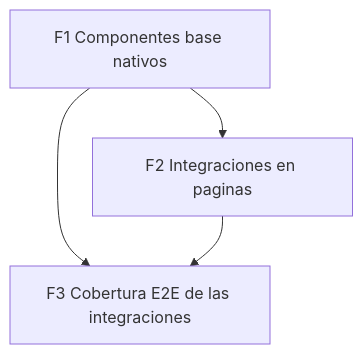
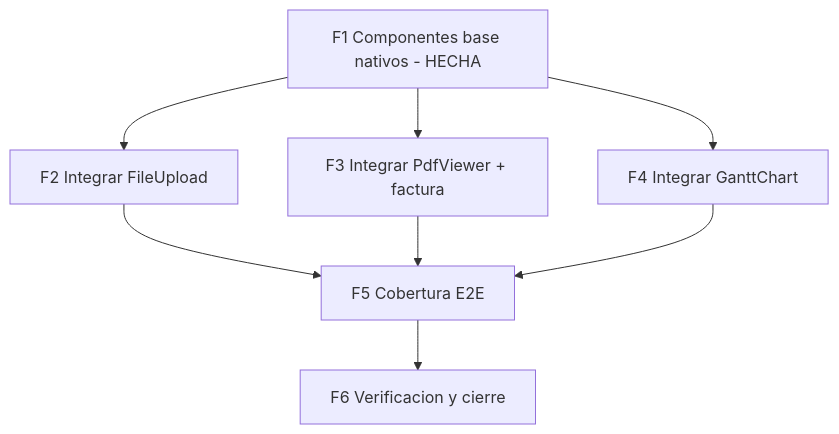
The diagram in docs/pm/iniciativas/adaptar-componentes-kno-react/plan-componentes-nativos.md (jcg-admin/template-ecommerce-ui), drawn with Mermaid before and after one commit. The commit also changed other lines of this file and 1 other file, not shown here.

First line of the commit message:
docs: plan por fases con tareas atomicas de integraciones

````diff
--- a/docs/pm/iniciativas/adaptar-componentes-kno-react/plan-componentes-nativos.md
+++ b/docs/pm/iniciativas/adaptar-componentes-kno-react/plan-componentes-nativos.md
@@ -9,6 +10,10 @@
 ```mermaid
 flowchart TD
-  F1[F1 Componentes base nativos] --> F2[F2 Integraciones en paginas]
-  F1 --> F3[F3 Cobertura E2E de las integraciones]
-  F2 --> F3
+  F1[F1 Componentes base nativos - HECHA] --> F2[F2 Integrar FileUpload]
+  F1 --> F3[F3 Integrar PdfViewer + factura]
+  F1 --> F4[F4 Integrar GanttChart]
+  F2 --> F5[F5 Cobertura E2E]
+  F3 --> F5
+  F4 --> F5
+  F5 --> F6[F6 Verificacion y cierre]
 ```
````
